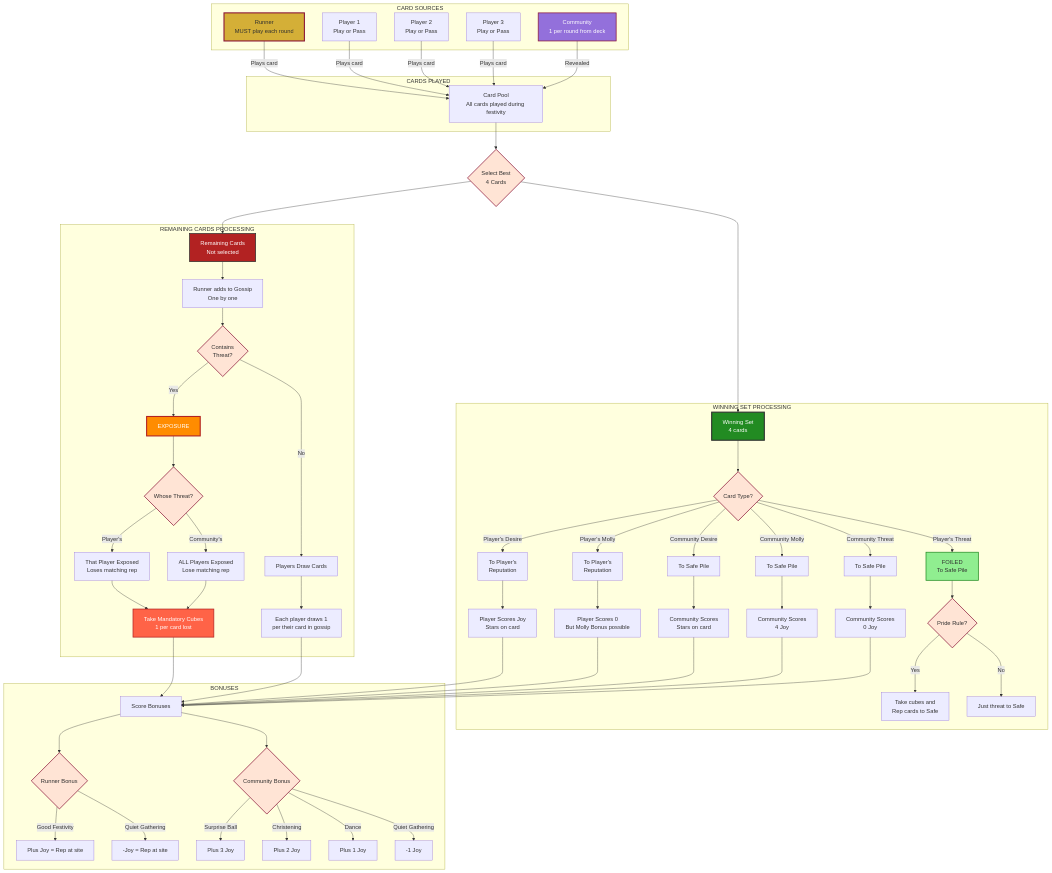
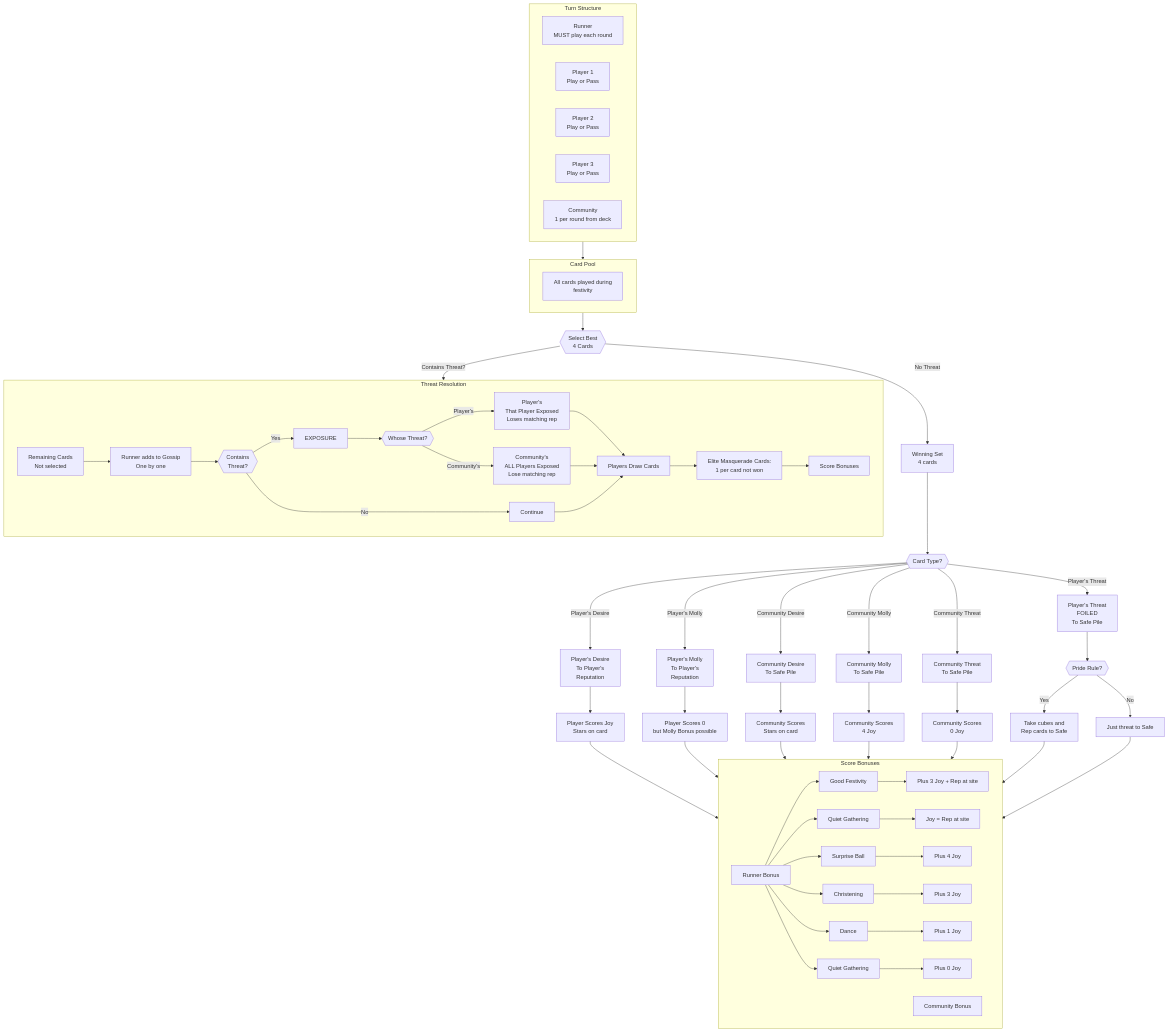
Before and after one commit to stoutpanda/molly_house_references: the diagram in festivity_card_flow_diagram.mmd, drawn with Mermaid. The commit also changed 2 other files, not shown here.

```diff
--- a/festivity_card_flow_diagram.mmd
+++ b/festivity_card_flow_diagram.mmd
@@ -1,97 +1,99 @@
-flowchart TB
-    subgraph "CARD SOURCES"
-        R[Runner<br/>MUST play each round]
-        P1[Player 1<br/>Play or Pass]
-        P2[Player 2<br/>Play or Pass]
-        P3[Player 3<br/>Play or Pass]
-        COM[Community<br/>1 per round from deck]
+flowchart TD
+    %% Header
+    subgraph header["Turn Structure"]
+        direction LR
+        Runner["Runner<br/>MUST play each round"]
+        P1["Player 1<br/>Play or Pass"]
+        P2["Player 2<br/>Play or Pass"]
+        P3["Player 3<br/>Play or Pass"]
+        Community["Community<br/>1 per round from deck"]
     end
     
-    subgraph "CARDS PLAYED"
-        POOL[Card Pool<br/>All cards played during festivity]
+    %% Card Distribution
+    subgraph pool["Card Pool"]
+        AllCards["All cards played during<br/>festivity"]
     end
     
-    R -->|Plays card| POOL
-    P1 -->|Plays card| POOL
-    P2 -->|Plays card| POOL
-    P3 -->|Plays card| POOL
-    COM -->|Revealed| POOL
+    header --> pool
     
-    POOL --> SELECT{Select Best<br/>4 Cards}
+    %% Selection
+    pool --> SelectBest{{"Select Best<br/>4 Cards"}}
     
-    SELECT --> WIN[Winning Set<br/>4 cards]
-    SELECT --> REM[Remaining Cards<br/>Not selected]
+    %% Two Paths
+    SelectBest -->|Contains Threat?| ThreatPath
+    SelectBest -->|No Threat| WinningSet["Winning Set<br/>4 cards"]
     
-    subgraph "WINNING SET PROCESSING"
-        WIN --> TYPE{Card Type?}
+    %% Threat Path
+    subgraph ThreatPath["Threat Resolution"]
+        RemCards["Remaining Cards<br/>Not selected"]
         
-        TYPE -->|Player's Desire| REP1[To Player's<br/>Reputation]
-        TYPE -->|Player's Molly| REP2[To Player's<br/>Reputation]
-        TYPE -->|Player's Threat| FOIL[FOILED<br/>To Safe Pile]
-        TYPE -->|Community Desire| SAFE1[To Safe Pile]
-        TYPE -->|Community Molly| SAFE2[To Safe Pile]
-        TYPE -->|Community Threat| SAFE3[To Safe Pile]
+        RemCards --> RunnerGossip["Runner adds to Gossip<br/>One by one"]
         
-        REP1 --> SCORE1[Player Scores Joy<br/>Stars on card]
-        REP2 --> SCORE2[Player Scores 0<br/>But Molly Bonus possible]
-        FOIL --> PRIDE{Pride Rule?}
-        PRIDE -->|Yes| CUBE1[Take cubes and<br/>Rep cards to Safe]
-        PRIDE -->|No| CUBE2[Just threat to Safe]
+        RunnerGossip --> CheckThreat{{"Contains<br/>Threat?"}}
         
-        SAFE1 --> SCORE3[Community Scores<br/>Stars on card]
-        SAFE2 --> SCORE4[Community Scores<br/>4 Joy]
-        SAFE3 --> SCORE5[Community Scores<br/>0 Joy]
+        CheckThreat -->|Yes| EXPOSURE["EXPOSURE"]
+        CheckThreat -->|No| Continue
+        
+        EXPOSURE --> WhoseThreat{{"Whose Threat?"}}
+        
+        WhoseThreat -->|Player's| PlayerExposed["Player's<br/>That Player Exposed<br/>Loses matching rep"]
+        WhoseThreat -->|Community's| AllExposed["Community's<br/>ALL Players Exposed<br/>Lose matching rep"]
+        
+        PlayerExposed --> DrawCards["Players Draw Cards"]
+        AllExposed --> DrawCards
+        
+        Continue --> DrawCards
+        
+        DrawCards --> EliteMasq["Elite Masquerade Cards:<br/>1 per card not won"]
+        
+        EliteMasq --> ScoreBonuses["Score Bonuses"]
     end
     
-    subgraph "REMAINING CARDS PROCESSING"
-        REM --> GOSSIP[Runner adds to Gossip<br/>One by one]
-        GOSSIP --> CHECK{Contains<br/>Threat?}
-        CHECK -->|Yes| EXPOSE[EXPOSURE]
-        CHECK -->|No| DRAW[Players Draw Cards]
+    %% Winning Set Path
+    WinningSet --> CardType{{"Card Type?"}}
+    
+    CardType -->|Player's Desire| PlayerDesire["Player's Desire<br/>To Player's<br/>Reputation"]
+    CardType -->|Player's Molly| PlayerMolly["Player's Molly<br/>To Player's<br/>Reputation"]
+    CardType -->|Community Desire| CommDesire["Community Desire<br/>To Safe Pile"]
+    CardType -->|Community Molly| CommMolly["Community Molly<br/>To Safe Pile"]
+    CardType -->|Community Threat| CommThreat["Community Threat<br/>To Safe Pile"]
+    CardType -->|Player's Threat| PlayerThreat["Player's Threat<br/>FOILED<br/>To Safe Pile"]
+    
+    PlayerDesire --> ScoreJoy["Player Scores Joy<br/>Stars on card"]
+    PlayerMolly --> MollyBonus["Player Scores 0<br/>but Molly Bonus possible"]
+    CommDesire --> CommScore["Community Scores<br/>Stars on card"]
+    CommMolly --> CommScore2["Community Scores<br/>4 Joy"]
+    CommThreat --> CommScore3["Community Scores<br/>0 Joy"]
+    PlayerThreat --> PrideRule{{"Pride Rule?"}}
+    
+    PrideRule -->|Yes| TakeCubes["Take cubes and<br/>Rep cards to Safe"]
+    PrideRule -->|No| JustThreat["Just threat to Safe"]
+    
+    %% Bottom Bonuses
+    ScoreJoy --> BonusPhase
+    MollyBonus --> BonusPhase
+    CommScore --> BonusPhase
+    CommScore2 --> BonusPhase
+    CommScore3 --> BonusPhase
+    TakeCubes --> BonusPhase
+    JustThreat --> BonusPhase
+    
+    subgraph BonusPhase["Score Bonuses"]
+        direction LR
+        RunnerBonus["Runner Bonus"]
+        CommunityBonus["Community Bonus"]
         
-        EXPOSE --> WHO{Whose Threat?}
-        WHO -->|Player's| EXP1[That Player Exposed<br/>Loses matching rep]
-        WHO -->|Community's| EXP2[ALL Players Exposed<br/>Lose matching rep]
+        RunnerBonus --> GoodFestivity["Good Festivity"]
+        RunnerBonus --> QuietGathering["Quiet Gathering"]
+        RunnerBonus --> SurpriseBall["Surprise Ball"]
+        RunnerBonus --> Christening["Christening"]
+        RunnerBonus --> Dance["Dance"]
+        RunnerBonus --> QuietGathering2["Quiet Gathering"]
         
-        EXP1 --> CUBES[Take Mandatory Cubes<br/>1 per card lost]
-        EXP2 --> CUBES
-        
-        DRAW --> D1[Each player draws 1<br/>per their card in gossip]
+        GoodFestivity --> Plus3Joy["Plus 3 Joy + Rep at site"]
+        QuietGathering --> JoyBen["Joy = Rep at site"]
+        SurpriseBall --> Plus4Joy["Plus 4 Joy"]
+        Christening --> Plus3Joy2["Plus 3 Joy"]
+        Dance --> Plus1Joy["Plus 1 Joy"]
+        QuietGathering2 --> Plus0Joy["Plus 0 Joy"]
     end
-    
-    subgraph "BONUSES"
-        SCORE1 --> BONUS
-        SCORE2 --> BONUS
-        SCORE3 --> BONUS
-        SCORE4 --> BONUS
-        SCORE5 --> BONUS
-        CUBES --> BONUS
-        D1 --> BONUS
-        
-        BONUS[Score Bonuses]
-        BONUS --> RB{Runner Bonus}
-        BONUS --> CB{Community Bonus}
-        
-        RB -->|Good Festivity| RB1[Plus Joy = Rep at site]
-        RB -->|Quiet Gathering| RB2[-Joy = Rep at site]
-        
-        CB -->|Surprise Ball| CB1[Plus 3 Joy]
-        CB -->|Christening| CB2[Plus 2 Joy]
-        CB -->|Dance| CB3[Plus 1 Joy]
-        CB -->|Quiet Gathering| CB4[-1 Joy]
-    end
-    
-    style R fill:#D4AF37,stroke:#8B1538,stroke-width:3px,color:#2F2F2F
-    style COM fill:#9370DB,stroke:#8B1538,stroke-width:2px,color:#fff
-    style WIN fill:#228B22,stroke:#2F2F2F,stroke-width:3px,color:#fff
-    style REM fill:#B22222,stroke:#2F2F2F,stroke-width:2px,color:#fff
-    style EXPOSE fill:#FF8C00,stroke:#B22222,stroke-width:3px,color:#fff
-    style FOIL fill:#90EE90,stroke:#228B22,stroke-width:2px,color:#2F2F2F
-    style CUBES fill:#FF6347,stroke:#B22222,stroke-width:2px,color:#fff
-    style SELECT fill:#FFE4D5,stroke:#8B1538,stroke-width:2px,color:#2F2F2F
-    style TYPE fill:#FFE4D5,stroke:#8B1538,stroke-width:2px,color:#2F2F2F
-    style CHECK fill:#FFE4D5,stroke:#8B1538,stroke-width:2px,color:#2F2F2F
-    style WHO fill:#FFE4D5,stroke:#8B1538,stroke-width:2px,color:#2F2F2F
-    style PRIDE fill:#FFE4D5,stroke:#8B1538,stroke-width:2px,color:#2F2F2F
-    style RB fill:#FFE4D5,stroke:#8B1538,stroke-width:2px,color:#2F2F2F
-    style CB fill:#FFE4D5,stroke:#8B1538,stroke-width:2px,color:#2F2F2F
```
